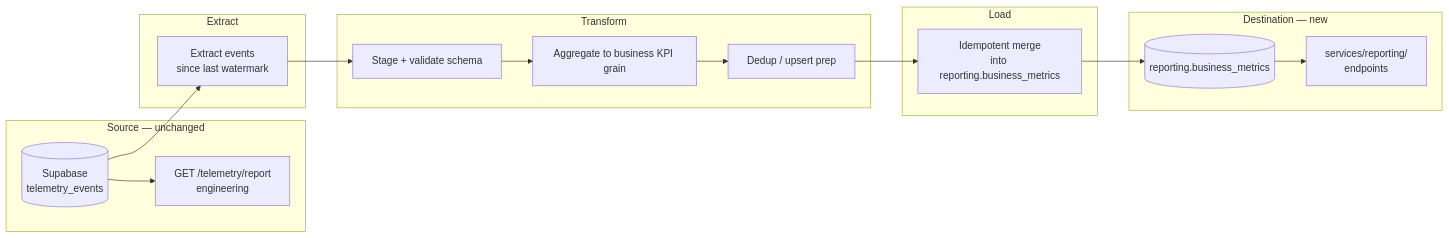
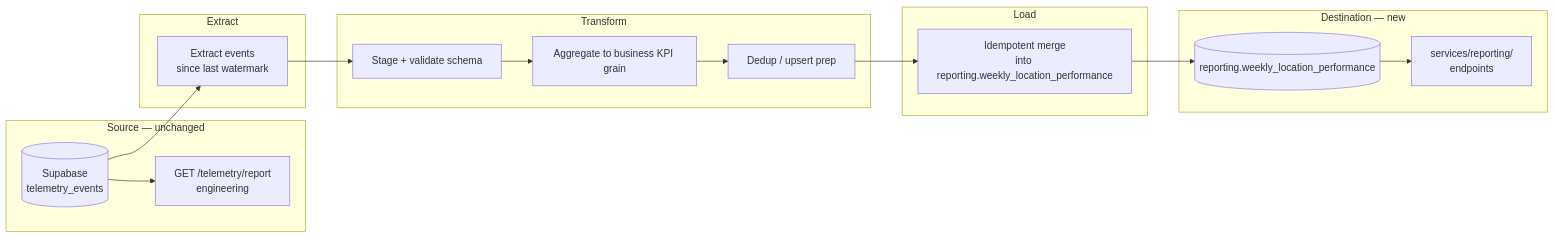
The diagram in content/projects/ai-eng-milestone-data-pipeline-design/.learn/solution/README.md (4GeeksAcademy/ai-engineering-syllabus), drawn with Mermaid before and after one commit. The commit also changed other lines of this file and 24 other files, not shown here.

````diff
--- a/content/projects/ai-eng-milestone-data-pipeline-design/.learn/solution/README.md
+++ b/content/projects/ai-eng-milestone-data-pipeline-design/.learn/solution/README.md
@@ -39,24 +41,24 @@
 ```mermaid
 flowchart LR
   subgraph source [Source — unchanged]
     DB[(Supabase\ntelemetry_events)]
     TECH[GET /telemetry/report\nengineering]
   end
   subgraph extract [Extract]
     EXT[Extract events\nsince last watermark]
   end
   subgraph transform [Transform]
     STG[Stage + validate schema]
     AGG[Aggregate to business KPI grain]
     DED[Dedup / upsert prep]
   end
   subgraph load [Load]
-    MERGE[Idempotent merge\ninto reporting.business_metrics]
+    MERGE[Idempotent merge\ninto reporting.weekly_location_performance]
   end
   subgraph dest [Destination — new]
-    RPT[(reporting.business_metrics)]
+    RPT[(reporting.weekly_location_performance)]
     API[services/reporting/\nendpoints]
   end
   DB --> EXT --> STG --> AGG --> DED --> MERGE --> RPT --> API
   DB --> TECH
 ```
````
